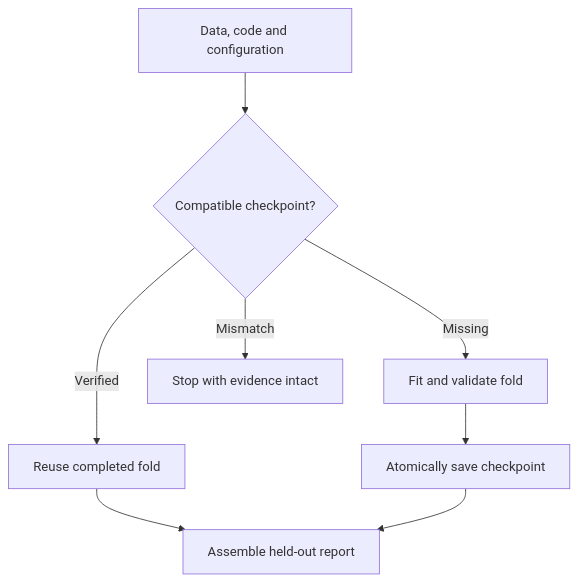
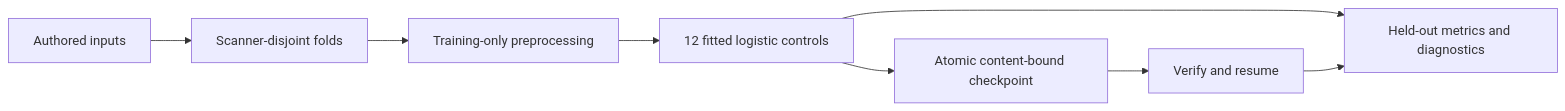
One commit to alvaromendizabal/rsna-knee-abnormality-detection changed the diagram in docs/ARCHITECTURE.md. Above: the diagram before and after it, drawn with Mermaid. The commit also changed other lines of this file and 332 other files, not shown here.

````diff
--- a/docs/ARCHITECTURE.md
+++ b/docs/ARCHITECTURE.md
@@ -31,10 +29,10 @@
 ```mermaid
-flowchart TD
-    A["Data, code and configuration"] --> B{"Compatible checkpoint?"}
-    B -->|Verified| C["Reuse completed fold"]
-    B -->|Missing| D["Fit and validate fold"]
-    D --> E["Atomically save checkpoint"]
-    C --> F["Assemble held-out report"]
-    E --> F
-    B -->|Mismatch| G["Stop with evidence intact"]
+flowchart LR
+    A[Authored inputs] --> B[Scanner-disjoint folds]
+    B --> C[Training-only preprocessing]
+    C --> D[12 fitted logistic controls]
+    D --> E[Held-out metrics and diagnostics]
+    D --> F[Atomic content-bound checkpoint]
+    F --> G[Verify and resume]
+    G --> E
 ```
````
